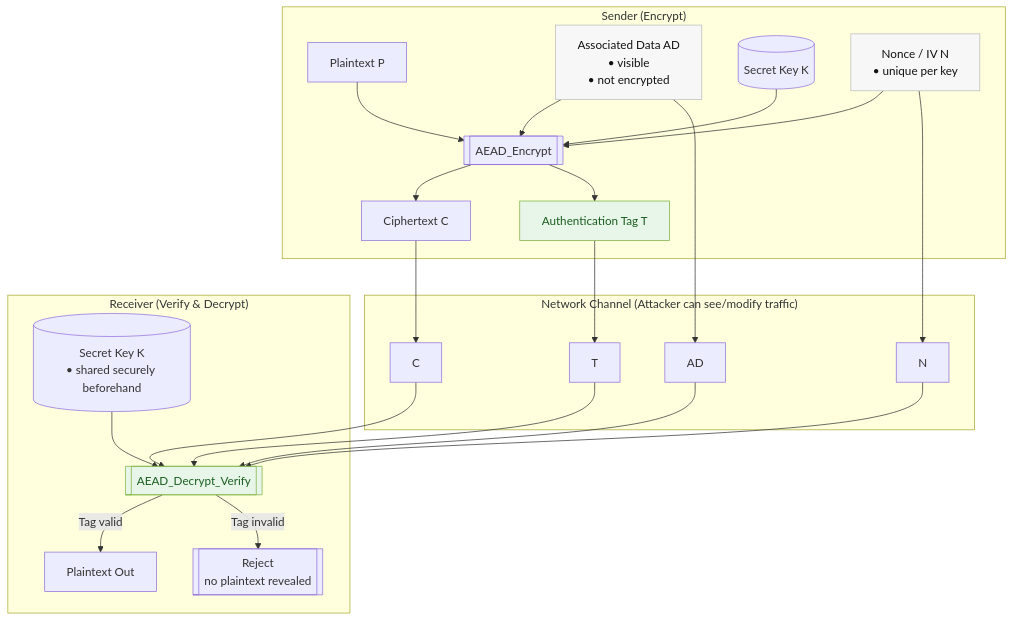
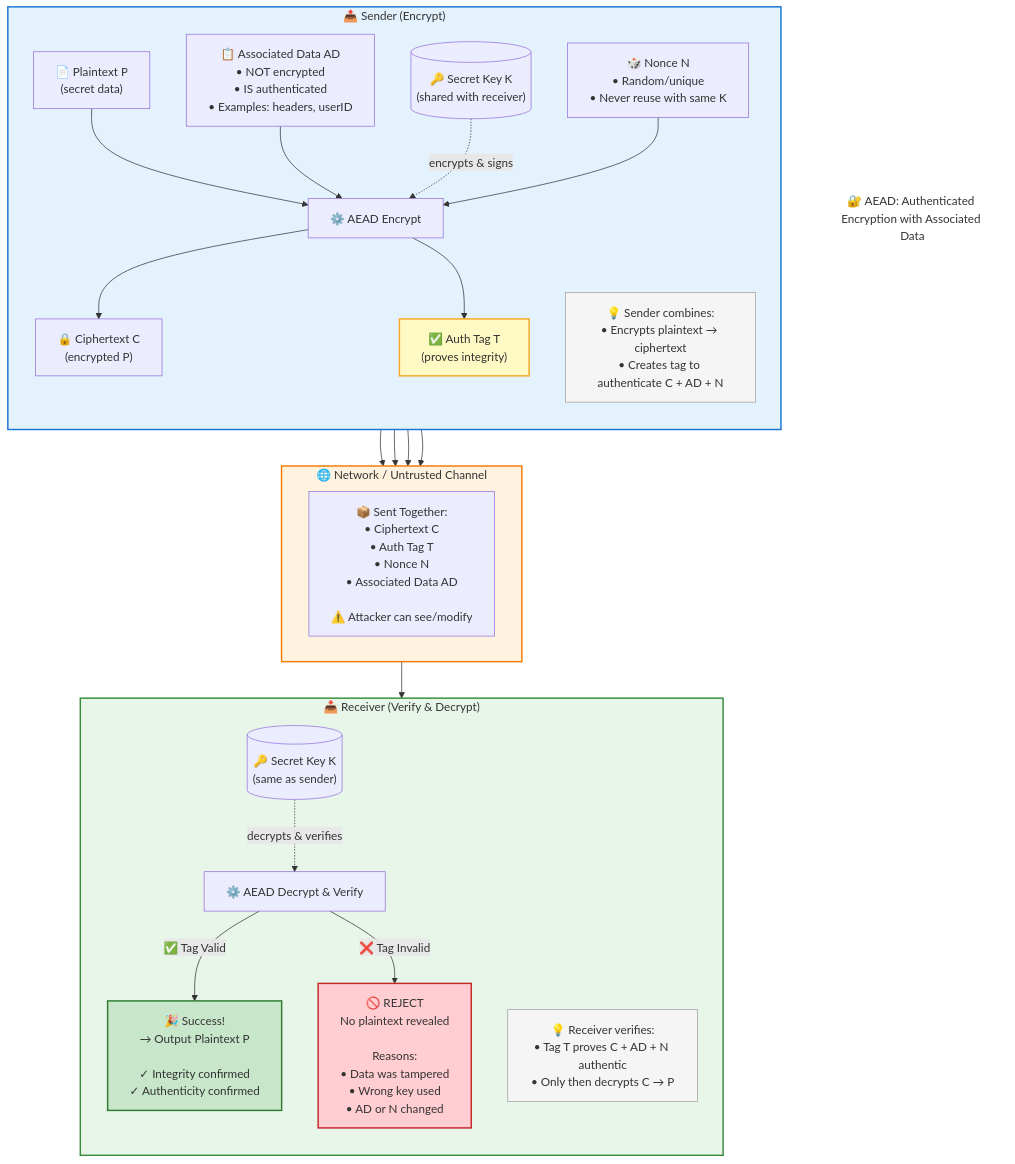
The diagram in diagrams/03-aead.mmd (irahulsawhney/crypto-concepts), drawn with Mermaid before and after one commit.

Commit message:
Improve AEAD diagram: add emojis, clearer labels, color coding, and explanation boxes

```diff
--- a/diagrams/03-aead.mmd
+++ b/diagrams/03-aead.mmd
@@ -1,64 +1,81 @@
 %% AEAD (Authenticated Encryption with Associated Data) — Mermaid Cheat Sheet
 %% Save as .mmd and preview with any Mermaid renderer.
 
 %% ------------ FLOW OVERVIEW ------------
 flowchart TB
-  subgraph Sender["Sender (Encrypt)"]
-    P[Plaintext P]
-    AD[Associated Data AD\n• visible\n• not encrypted]
-    K[(Secret Key K)]
-    N[Nonce / IV N\n• unique per key]
-    E[[AEAD_Encrypt]]
+  Title["🔐 AEAD: Authenticated Encryption with Associated Data"]
+  
+  subgraph Sender["📤 Sender (Encrypt)"]
+    direction TB
+    P["📄 Plaintext P<br/>(secret data)"]
+    AD["📋 Associated Data AD<br/>• NOT encrypted<br/>• IS authenticated<br/>• Examples: headers, userID"]
+    K[("🔑 Secret Key K<br/>(shared with receiver)")]
+    N["🎲 Nonce N<br/>• Random/unique<br/>• Never reuse with same K"]
+    
     P --> E
     AD --> E
-    K --> E
+    K -.->|encrypts & signs| E
     N --> E
-    E --> C[Ciphertext C]
-    E --> T[Authentication Tag T]
+    
+    E["⚙️ AEAD Encrypt"]
+    
+    E --> C["🔒 Ciphertext C<br/>(encrypted P)"]
+    E --> T["✅ Auth Tag T<br/>(proves integrity)"]
+    
+    SNote["💡 Sender combines:<br/>• Encrypts plaintext → ciphertext<br/>• Creates tag to authenticate C + AD + N"]
   end
 
-  subgraph Channel["Network Channel (Attacker can see/modify traffic)"]
-    C --> Cx[C]
-    T --> Tx[T]
-    N --> Nx[N]
-    AD --> ADx[AD]
+  C --> Channel
+  T --> Channel
+  N --> Channel
+  AD --> Channel
+  
+  subgraph Channel["🌐 Network / Untrusted Channel"]
+    Bundle["📦 Sent Together:<br/>• Ciphertext C<br/>• Auth Tag T<br/>• Nonce N<br/>• Associated Data AD<br/><br/>⚠️ Attacker can see/modify"]
   end
 
-  subgraph Receiver["Receiver (Verify & Decrypt)"]
-    KR[(Secret Key K\n• shared securely beforehand)]
-    Vr[[AEAD_Decrypt_Verify]]
-    Cx --> Vr
-    Tx --> Vr
-    Nx --> Vr
-    ADx --> Vr
-    KR --> Vr
-    Vr -->|Tag valid| Pout[Plaintext Out]
-    Vr -->|Tag invalid| X[[Reject\nno plaintext revealed]]
+  Channel --> Receiver
+  
+  subgraph Receiver["📥 Receiver (Verify & Decrypt)"]
+    direction TB
+    KR[("🔑 Secret Key K<br/>(same as sender)")]
+    
+    Vr["⚙️ AEAD Decrypt & Verify"]
+    
+    KR -.->|decrypts & verifies| Vr
+    
+    Vr -->|✅ Tag Valid| Valid["🎉 Success!<br/>→ Output Plaintext P<br/><br/>✓ Integrity confirmed<br/>✓ Authenticity confirmed"]
+    Vr -->|❌ Tag Invalid| Invalid["🚫 REJECT<br/>No plaintext revealed<br/><br/>Reasons:<br/>• Data was tampered<br/>• Wrong key used<br/>• AD or N changed"]
+    
+    RNote["💡 Receiver verifies:<br/>• Tag T proves C + AD + N authentic<br/>• Only then decrypts C → P"]
   end
 
-  classDef callout fill:#f7f7f7,stroke:#bbb,stroke-width:1px,color:#111;
-  classDef strong fill:#e8f5e9,stroke:#7cb342,stroke-width:1px,color:#1b5e20;
-
-  AD:::callout
-  N:::callout
-  T:::strong
-  Vr:::strong
+  %% Styling
+  style Sender fill:#e3f2fd,stroke:#1976d2,stroke-width:2px
+  style Channel fill:#fff3e0,stroke:#f57c00,stroke-width:2px
+  style Receiver fill:#e8f5e9,stroke:#388e3c,stroke-width:2px
+  style Title fill:none,stroke:none,font-size:16px
+  style Valid fill:#c8e6c9,stroke:#2e7d32,stroke-width:2px
+  style Invalid fill:#ffcdd2,stroke:#c62828,stroke-width:2px
+  style T fill:#fff9c4,stroke:#f9a825,stroke-width:2px
+  style SNote fill:#f5f5f5,stroke:#9e9e9e,stroke-width:1px
+  style RNote fill:#f5f5f5,stroke:#9e9e9e,stroke-width:1px
 
   %% Notes
   %% - Confidentiality: P is hidden inside C.
   %% - Integrity & Authenticity: T binds (C, AD, N) to K; tampering causes verify failure.
   %% - AD is authenticated but not encrypted (visible headers/metadata).
   %% - N must NEVER repeat with the same K. Reuse can break security catastrophically.
 
   %% AT-A-GLANCE
   %% • AEAD = Authenticated Encryption with Associated Data
   %% • Protects two things at once:
   %%     1) Confidentiality (encrypts P into C)
   %%     2) Integrity/Authenticity (T proves C+AD+N come from someone with K)
   %% • Associated Data (AD):
   %%     - Not encrypted (visible), but authenticated (tamper-evident)
   %%     - Examples: headers, user/account IDs, API version, timestamps
   %% • Nonce/IV (N):
   %%     - Unique per (K) to prevent reuse attacks
   %% • Typical algorithms:
   %%     - AES-GCM, ChaCha20-Poly1305
```
